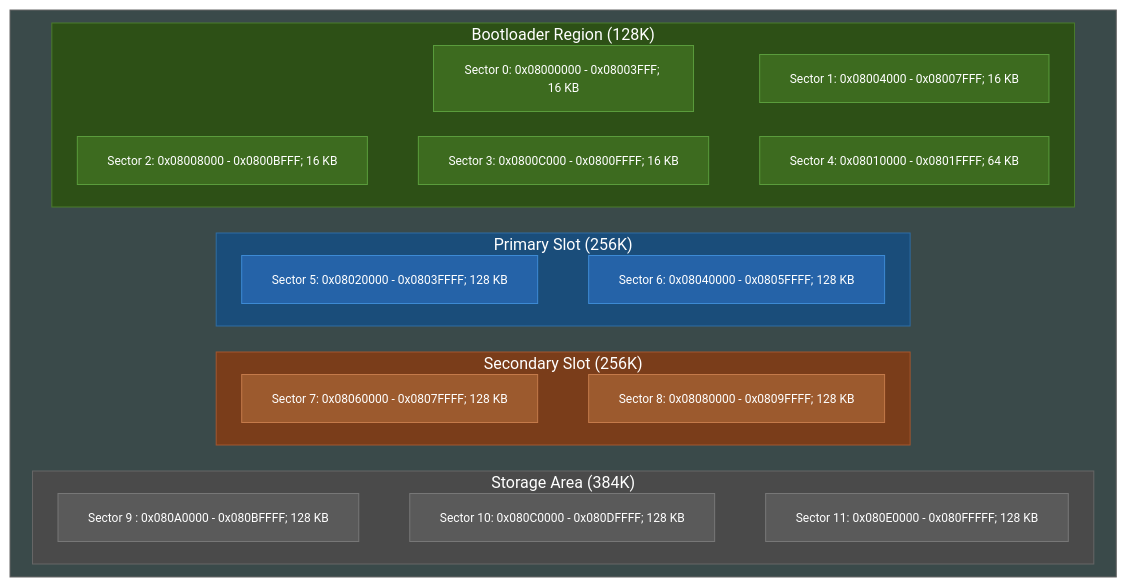
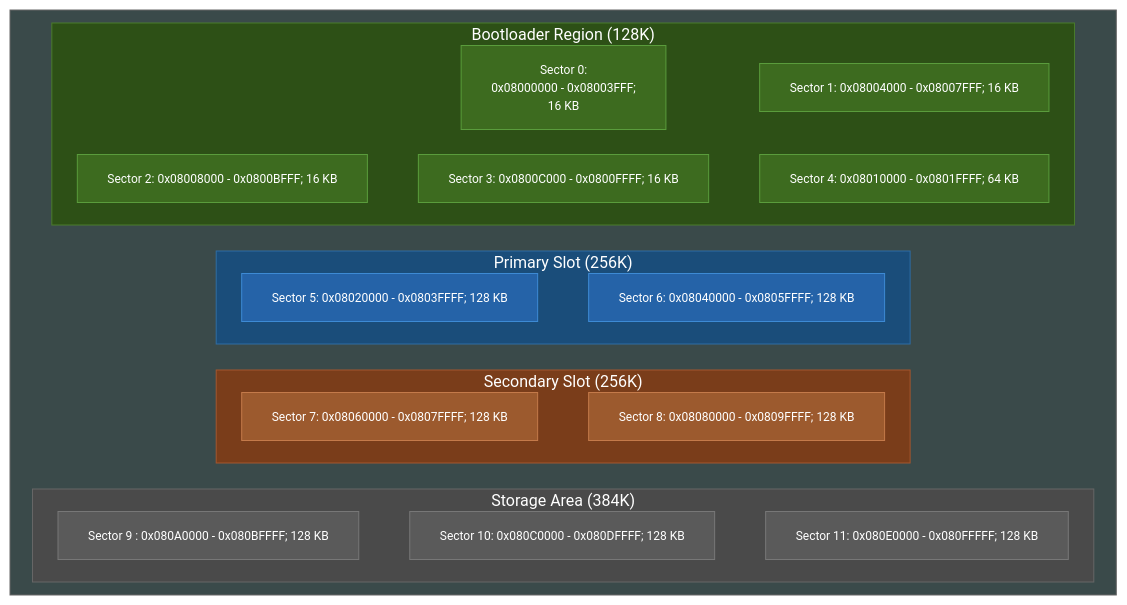
Before and after one commit to EvgeniyGA/wicked_boot: the diagram in README.md, drawn with Mermaid.

````diff
--- a/README.md
+++ b/README.md
@@ -17,61 +17,61 @@
 ```mermaid
 flowchart TB
 
     %%{init: {'flowchart': {'nodeSpacing': 25, 'rankSpacing': 1,'useMaxWidth': false}}}%%
     subgraph STM32F407[" "]
         direction TB
         
         subgraph BOOT["Bootloader Region (128K)"]
-            B1["Sector 0: 0x08000000 - 0x08003FFF; 16 KB"]
+            B1["Sector 0:</br>0x08000000 - 0x08003FFF;</br>16 KB"]
             B2["<nobr>Sector 1: 0x08004000 - 0x08007FFF; 16 KB</nobr>"]
             B3["<nobr>Sector 2: 0x08008000 - 0x0800BFFF; 16 KB</nobr>"]
             B4["<nobr>Sector 3: 0x0800C000 - 0x0800FFFF; 16 KB</nobr>"]
             B5["<nobr>Sector 4: 0x08010000 - 0x0801FFFF; 64 KB</nobr>"]
             B1 ~~~ B2
             B3 ~~~ B4
 			B4 ~~~ B5
         end
         
         subgraph PRIMARY["Primary Slot (256K)"]
 			P1["<nobr>Sector 5: 0x08020000 - 0x0803FFFF; 128 KB</nobr>"]
 			P2["<nobr>Sector 6: 0x08040000 - 0x0805FFFF; 128 KB</nobr>"]
 			P1 ~~~ P2
         end
         
         subgraph SECONDARY["Secondary Slot (256K)"]
 			S1["<nobr>Sector 7: 0x08060000 - 0x0807FFFF; 128 KB</nobr>"]
 			S2["<nobr>Sector 8: 0x08080000 - 0x0809FFFF; 128 KB</nobr>"]
 			S1 ~~~ S2
         end
         
         subgraph SCRATCH["Storage Area (384K)"]
             SC1["<nobr>Sector 9 : 0x080A0000 - 0x080BFFFF; 128 KB</nobr>"]
 			SC2["<nobr>Sector 10: 0x080C0000 - 0x080DFFFF; 128 KB</nobr>"]
 			SC3["<nobr>Sector 11: 0x080E0000 - 0x080FFFFF; 128 KB</nobr>"]
 			SC1 ~~~ SC2
 			SC2 ~~~ SC3
         end
 
         BOOT ~~~ PRIMARY
         PRIMARY ~~~ SECONDARY
         SECONDARY ~~~ SCRATCH
     end
 
     style STM32F407 fill:#3a4a4a,stroke:#666,stroke-width:1px,color:#fff
     style BOOT fill:#2d5016,stroke:#4a7c2c,stroke-width:1px,color:#fff
     style PRIMARY fill:#1a4d7a,stroke:#2e6da4,stroke-width:1px,color:#fff
     style SECONDARY fill:#7a3d1a,stroke:#a4562e,stroke-width:1px,color:#fff
     style SCRATCH fill:#4a4a4a,stroke:#666,stroke-width:1px,color:#fff
     style B1 fill:#3d6b1f,stroke:#5a9c3c,stroke-width:1px,color:#fff,font-size:12px
     style B2 fill:#3d6b1f,stroke:#5a9c3c,stroke-width:1px,color:#fff,font-size:12px
     style B3 fill:#3d6b1f,stroke:#5a9c3c,stroke-width:1px,color:#fff,font-size:12px
     style B4 fill:#3d6b1f,stroke:#5a9c3c,stroke-width:1px,color:#fff,font-size:12px
     style B5 fill:#3d6b1f,stroke:#5a9c3c,stroke-width:1px,color:#fff,font-size:12px
     style P1 fill:#2563a8,stroke:#3d8ad4,stroke-width:1px,color:#fff,font-size:12px
     style P2 fill:#2563a8,stroke:#3d8ad4,stroke-width:1px,color:#fff,font-size:12px
     style S1 fill:#9c5a2e,stroke:#c47a4a,stroke-width:1px,color:#fff,font-size:12px
     style S2 fill:#9c5a2e,stroke:#c47a4a,stroke-width:1px,color:#fff,font-size:12px
     style SC1 fill:#5a5a5a,stroke:#777,stroke-width:1px,color:#fff,font-size:12px
     style SC2 fill:#5a5a5a,stroke:#777,stroke-width:1px,color:#fff,font-size:12px
     style SC3 fill:#5a5a5a,stroke:#777,stroke-width:1px,color:#fff,font-size:12px
 ```
````
